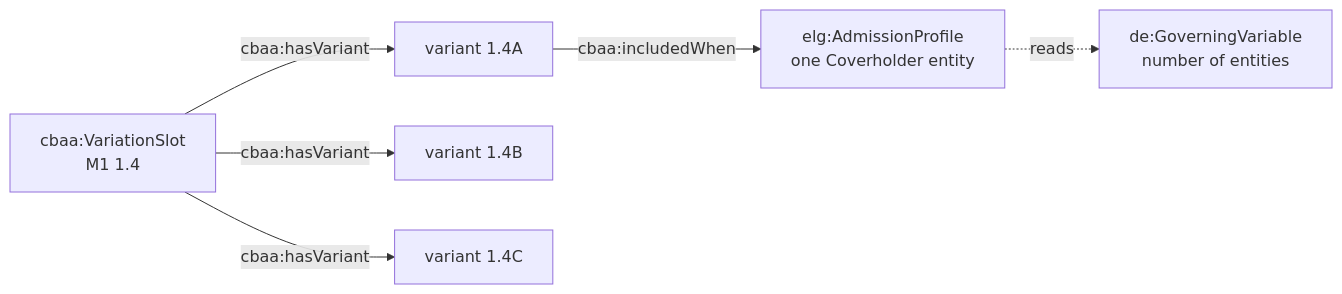
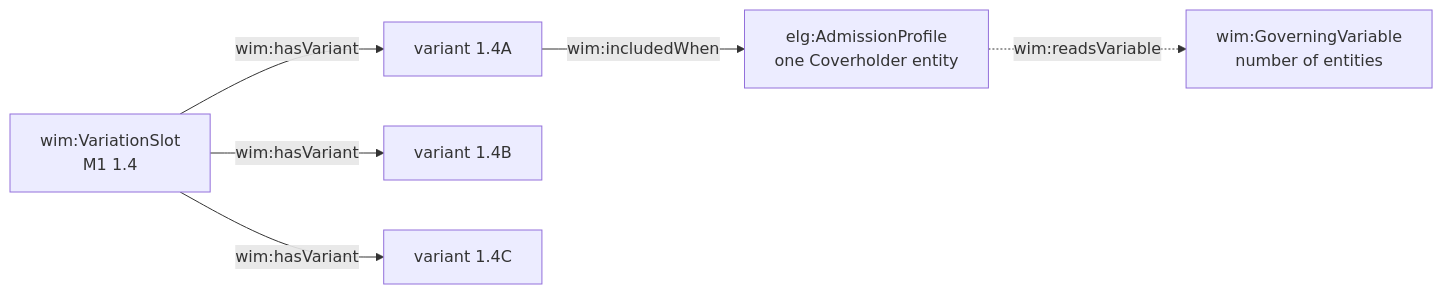
One commit to nebularis/open-cbaa changed diagram 15 of 52 in docs/architecture.md. Above: the diagram before and after it, drawn with Mermaid. The commit also changed other lines of this file and 44 other files, not shown here.

````diff
--- a/docs/architecture.md
+++ b/docs/architecture.md
@@ -375,8 +380,8 @@
 ```mermaid
 flowchart LR
-    SLOT["cbaa:VariationSlot<br/>M1 1.4"] -->|"cbaa:hasVariant"| VA["variant 1.4A"]
-    SLOT -->|"cbaa:hasVariant"| VB["variant 1.4B"]
-    SLOT -->|"cbaa:hasVariant"| VC["variant 1.4C"]
-    VA -->|"cbaa:includedWhen"| IC["elg:AdmissionProfile<br/>one Coverholder entity"]
-    IC -.->|"reads"| GV["de:GoverningVariable<br/>number of entities"]
+    SLOT["wim:VariationSlot<br/>M1 1.4"] -->|"wim:hasVariant"| VA["variant 1.4A"]
+    SLOT -->|"wim:hasVariant"| VB["variant 1.4B"]
+    SLOT -->|"wim:hasVariant"| VC["variant 1.4C"]
+    VA -->|"wim:includedWhen"| IC["elg:AdmissionProfile<br/>one Coverholder entity"]
+    IC -.->|"wim:readsVariable"| GV["wim:GoverningVariable<br/>number of entities"]
 ```
````
